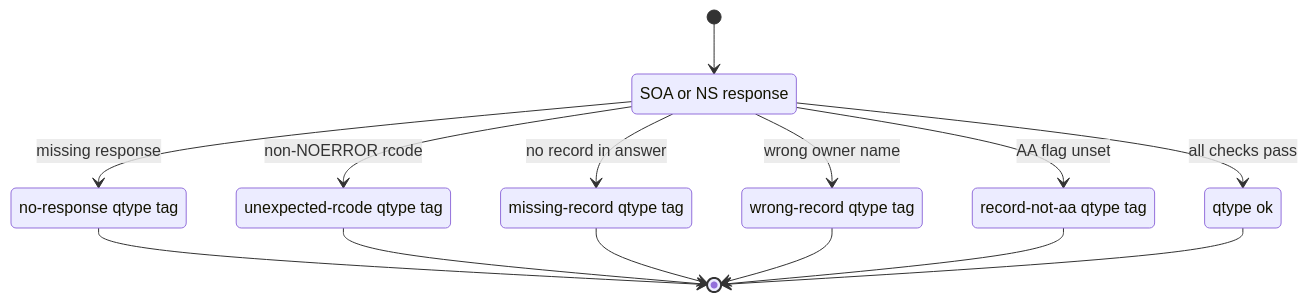
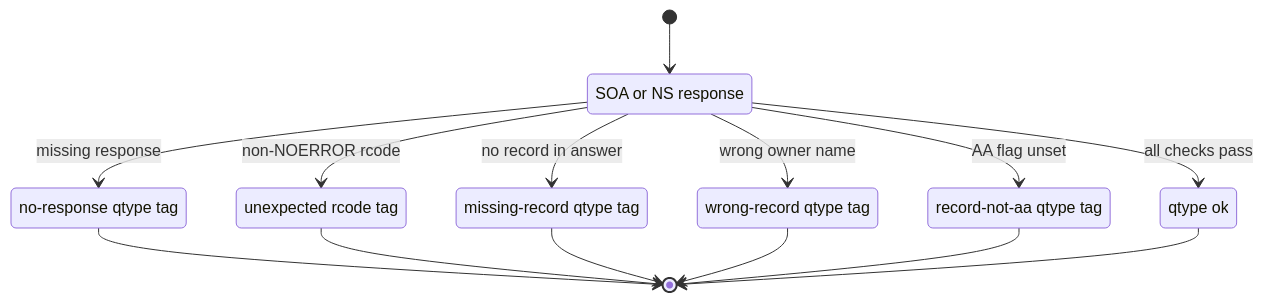
One commit to pawal/gonemaster changed the second of 2 diagrams in docs/specifications/tests/connectivity/connectivity02.md. Above: the diagram before and after it, drawn with Mermaid. The commit also changed 3 other files, not shown here.

Commit message:
docs: shorten mermaid labels to avoid empty-box wrap rendering

```diff
--- a/docs/specifications/tests/connectivity/connectivity02.md
+++ b/docs/specifications/tests/connectivity/connectivity02.md
@@ -72,23 +72,23 @@
 {{< mermaid >}}
 stateDiagram-v2
     [*] --> qresp
     qresp : SOA or NS response
     qresp --> noResp : missing response
     qresp --> badRcode : non-NOERROR rcode
     qresp --> noRec : no record in answer
     qresp --> wrongOwn : wrong owner name
     qresp --> notAA : AA flag unset
     qresp --> qOK : all checks pass
     noResp : no-response qtype tag
-    badRcode : unexpected-rcode qtype tag
+    badRcode : unexpected rcode tag
     noRec : missing-record qtype tag
     wrongOwn : wrong-record qtype tag
     notAA : record-not-aa qtype tag
     qOK : qtype ok
     noResp --> [*]
     badRcode --> [*]
     noRec --> [*]
     wrongOwn --> [*]
     notAA --> [*]
     qOK --> [*]
 {{< /mermaid >}}
```
